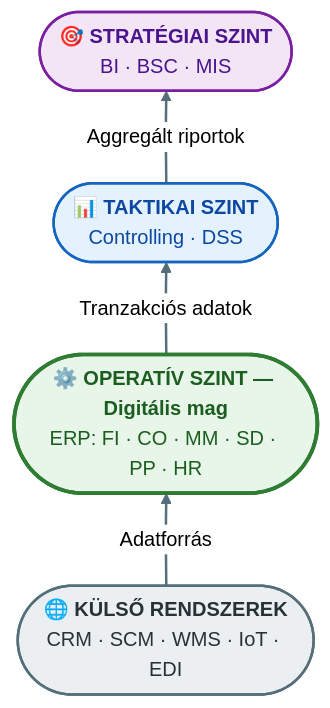
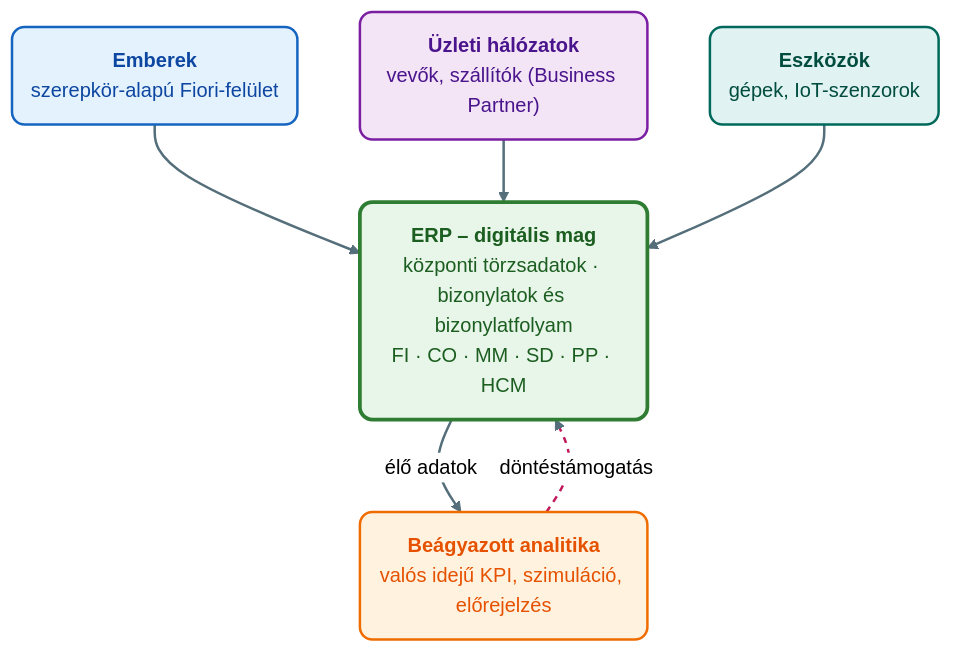
Before and after one commit to denespocsik/MM_BSC_Zarovizsga: the second of 2 diagrams in Tételek/V12-GMXIV2MBLF-ERP fogalma és fejlődéstörténete.tétel.md, drawn with Mermaid (neutral theme). The commit also changed other lines of this file and 1 other file, not shown here.

````diff
--- a/Tételek/V12-GMXIV2MBLF-ERP fogalma és fejlődéstörténete.tétel.md
+++ b/Tételek/V12-GMXIV2MBLF-ERP fogalma és fejlődéstörténete.tétel.md
@@ -62,18 +87,23 @@
 ```mermaid
-flowchart BT
-    K(["🌐 <b>KÜLSŐ RENDSZEREK</b><br/>CRM · SCM · WMS · IoT · EDI"]):::szurke
-    O(["⚙️ <b>OPERATÍV SZINT — Digitális mag</b><br/>ERP: FI · CO · MM · SD · PP · HR"]):::zoldH
-    T(["📊 <b>TAKTIKAI SZINT</b><br/>Controlling · DSS"]):::kek
-    S(["🎯 <b>STRATÉGIAI SZINT</b><br/>BI · BSC · MIS"]):::lila
+flowchart TB
+    E("<b>Emberek</b><br/>szerepkör-alapú Fiori-felület"):::kek
+    H("<b>Üzleti hálózatok</b><br/>vevők, szállítók (Business Partner)"):::lila
+    D("<b>Eszközök</b><br/>gépek, IoT-szenzorok"):::turkiz
+    C("<b>ERP – digitális mag</b><br/>központi törzsadatok · bizonylatok és bizonylatfolyam<br/>FI · CO · MM · SD · PP · HCM"):::zoldH
+    A("<b>Beágyazott analitika</b><br/>valós idejű KPI, szimuláció, előrejelzés"):::narancs
 
-    K -->|"Adatforrás"| O
-    O -->|"Tranzakciós adatok"| T
-    T -->|"Aggregált riportok"| S
+    E --> C
+    H --> C
+    D --> C
+    C -->|"élő adatok"| A
+    A -.->|"döntéstámogatás"| C
 
-    classDef kek    fill:#e3f2fd,stroke:#1565c0,stroke-width:2px,color:#0d47a1,rx:10,ry:10;
-    classDef zoldH  fill:#e8f5e9,stroke:#2e7d32,stroke-width:3px,color:#1b5e20,rx:10,ry:10;
-    classDef lila   fill:#f3e5f5,stroke:#7b1fa2,stroke-width:2px,color:#4a148c,rx:10,ry:10;
-    classDef szurke fill:#eceff1,stroke:#546e7a,stroke-width:2px,color:#263238,rx:10,ry:10;
+    classDef kek     fill:#e3f2fd,stroke:#1565c0,stroke-width:2px,color:#0d47a1,rx:10,ry:10;
+    classDef narancs fill:#fff3e0,stroke:#ef6c00,stroke-width:2px,color:#e65100,rx:10,ry:10;
+    classDef lila    fill:#f3e5f5,stroke:#7b1fa2,stroke-width:2px,color:#4a148c,rx:10,ry:10;
+    classDef turkiz  fill:#e0f2f1,stroke:#00695c,stroke-width:2px,color:#004d40,rx:10,ry:10;
+    classDef zoldH   fill:#e8f5e9,stroke:#2e7d32,stroke-width:3px,color:#1b5e20,rx:10,ry:10;
 
     linkStyle default stroke:#546e7a,stroke-width:2px;
+    linkStyle 4 stroke:#c2185b,stroke-width:2px,stroke-dasharray: 5 5;
 ```
````
